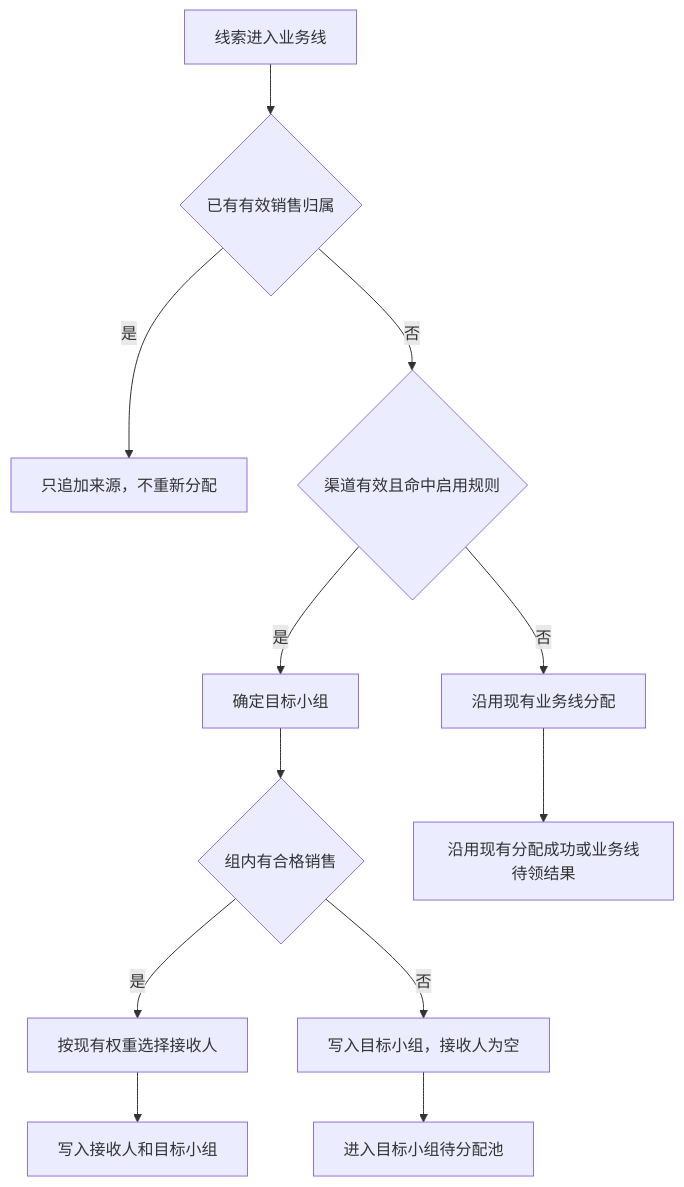
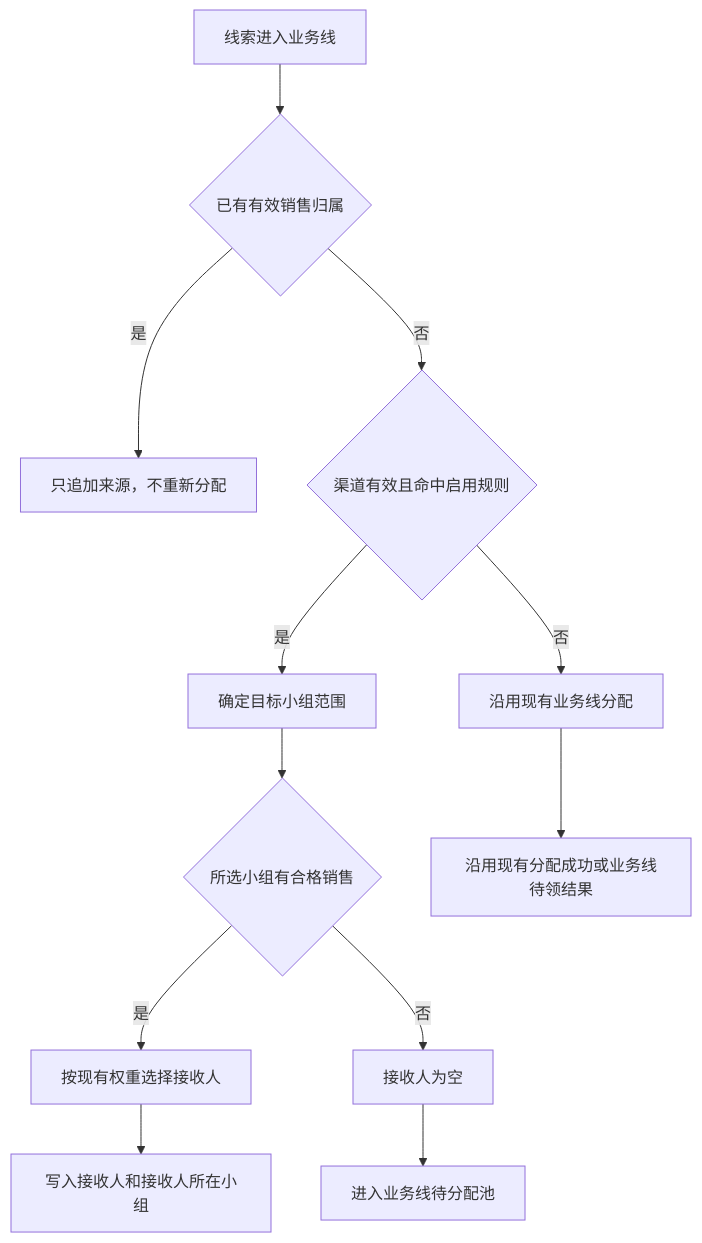
One commit to h3-ai-lab/hhhprd changed the diagram in projects/crm-channel-lead-routing/prd/PRD.md. Above: the diagram before and after it, drawn with Mermaid. The commit also changed other lines of this file and 7 other files, not shown here.

````diff
--- a/projects/crm-channel-lead-routing/prd/PRD.md
+++ b/projects/crm-channel-lead-routing/prd/PRD.md
@@ -41,14 +41,14 @@
 ```mermaid
 flowchart TD
     A[线索进入业务线] --> B{已有有效销售归属}
     B -->|是| C[只追加来源，不重新分配]
     B -->|否| D{渠道有效且命中启用规则}
     D -->|否| E[沿用现有业务线分配]
-    D -->|是| F[确定目标小组]
-    F --> G{组内有合格销售}
+    D -->|是| F[确定目标小组范围]
+    F --> G{所选小组有合格销售}
     G -->|是| H[按现有权重选择接收人]
-    H --> I[写入接收人和目标小组]
-    G -->|否| J[写入目标小组，接收人为空]
-    J --> K[进入目标小组待分配池]
+    H --> I[写入接收人和接收人所在小组]
+    G -->|否| J[接收人为空]
+    J --> K[进入业务线待分配池]
     E --> L[沿用现有分配成功或业务线待领结果]
 ```
````
